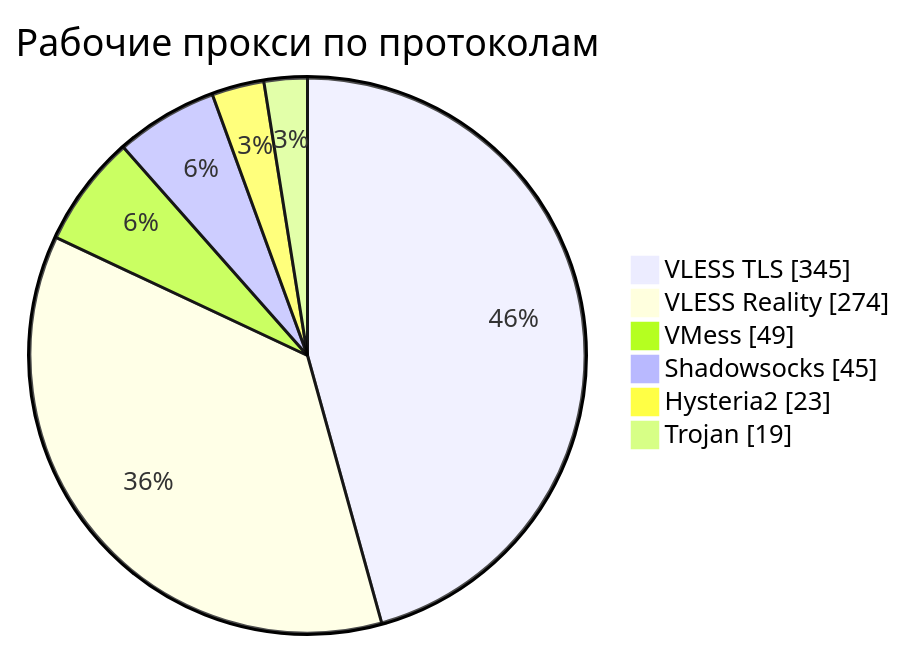
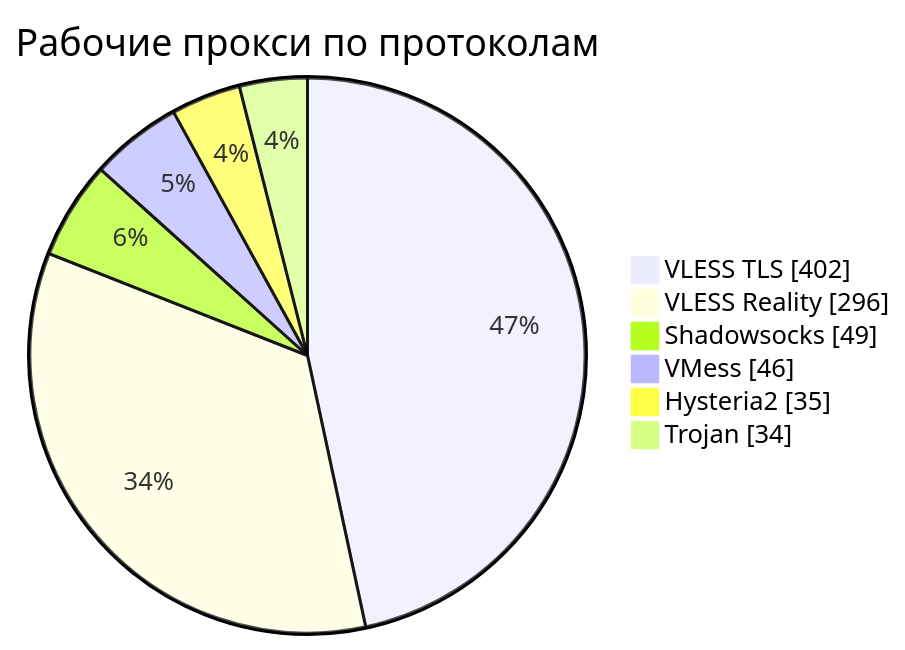
The third of 4 diagrams in README.md (rvvg/proxy-subs), drawn with Mermaid before and after one commit. The commit also changed other lines of this file and 52 other files, not shown here.

````diff
--- a/README.md
+++ b/README.md
@@ -136,10 +143,10 @@
 ```mermaid
 pie showData
     title Рабочие прокси по протоколам
-    "VLESS TLS" : 345
-    "VLESS Reality" : 274
-    "VMess" : 49
-    "Shadowsocks" : 45
-    "Hysteria2" : 23
-    "Trojan" : 19
+    "VLESS TLS" : 402
+    "VLESS Reality" : 296
+    "Shadowsocks" : 49
+    "VMess" : 46
+    "Hysteria2" : 35
+    "Trojan" : 34
 ```
````
